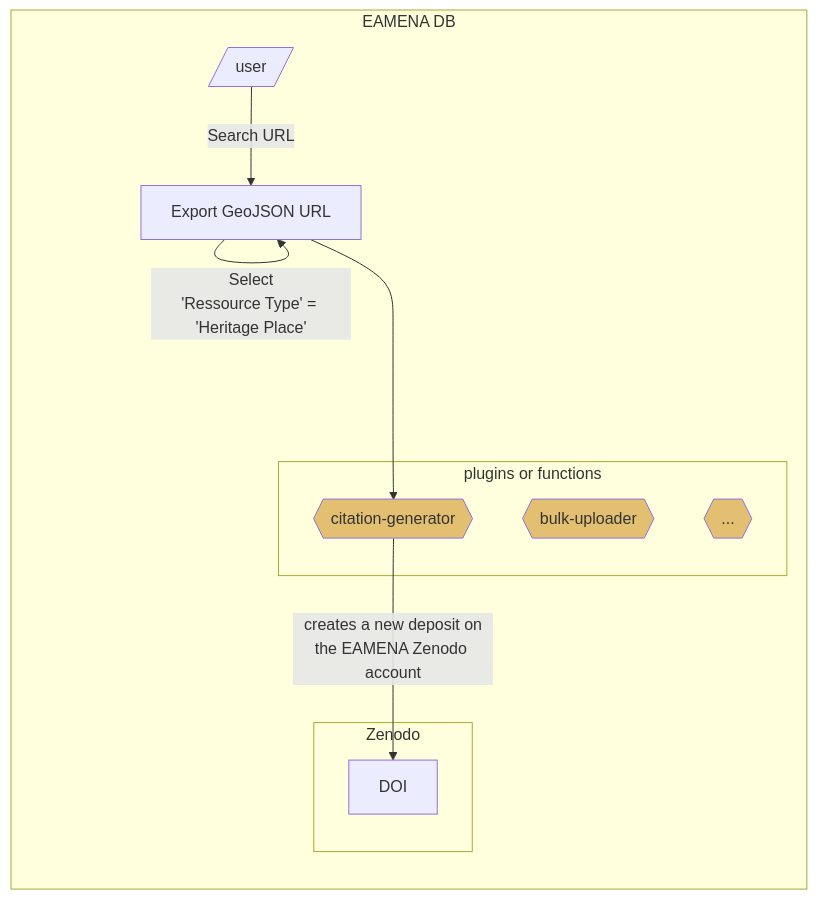
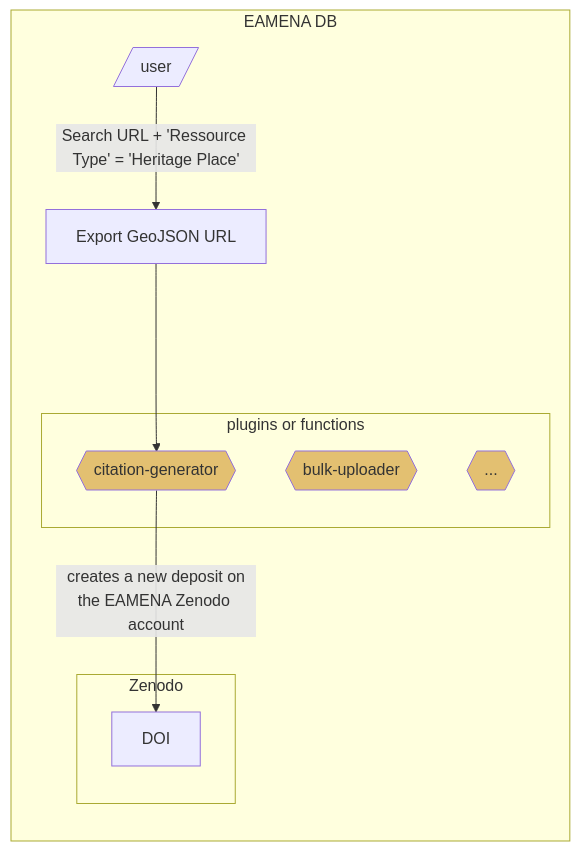
Before and after one commit to eamena-project/eamena-arches-dev: the diagram in data/bibref/README.md, drawn with Mermaid.

````diff
--- a/data/bibref/README.md
+++ b/data/bibref/README.md
@@ -6,17 +6,16 @@
 ```mermaid
 flowchart LR
 	subgraph EAMENA DB
-		U[/user/] -- Search URL --> E[Export GeoJSON URL]
-		E -- Select<br>'Ressource Type' = 'Heritage Place' --> E
+		U[/user/] -- Search URL + 'Ressource Type' = 'Heritage Place' --> E[Export GeoJSON URL]
 		E ---> G{{citation-generator}}:::eamenaFunc;
 		subgraph plugins or functions
 		G
 		H{{bulk-uploader}}:::eamenaFunc;
 		I{{...}}:::eamenaFunc;
 		end
 	subgraph "Zenodo"
 	G -- creates a new deposit on<br>the EAMENA Zenodo account --> DOI
 	end
 end
 classDef eamenaFunc fill:#e3c071;
 ```
````
